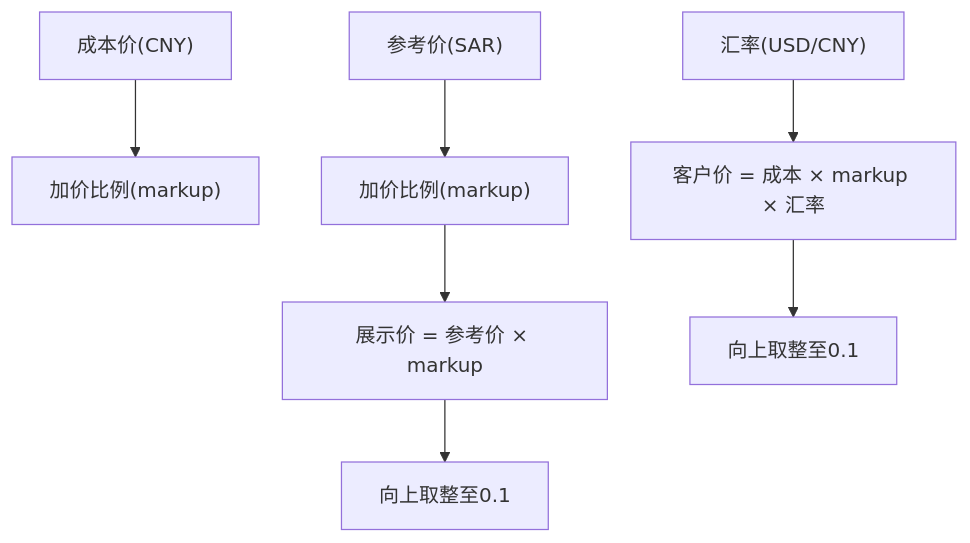
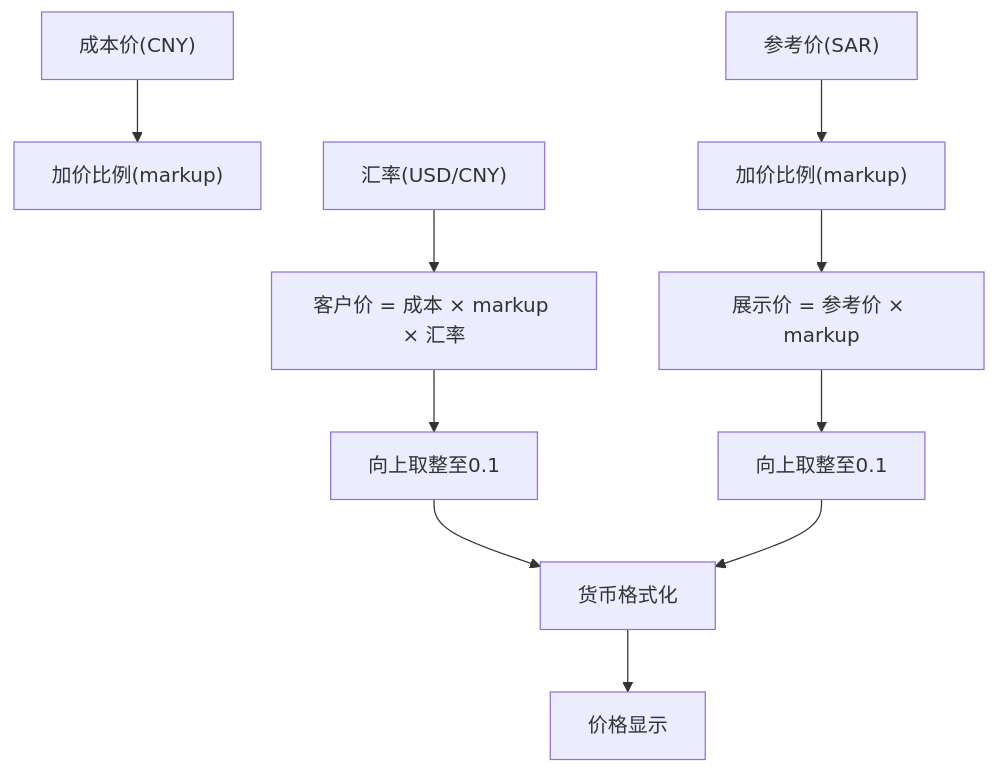
One commit to three3638-arch/celestia_2b changed the seventh of 8 diagrams in .qoder/repowiki/zh/content/前台商店系统/商品展示系统/商品详情页面.md. Above: the diagram before and after it, drawn with Mermaid. The commit also changed other lines of this file and 5 other files, not shown here.

````diff
--- a/.qoder/repowiki/zh/content/前台商店系统/商品展示系统/商品详情页面.md
+++ b/.qoder/repowiki/zh/content/前台商店系统/商品展示系统/商品详情页面.md
@@ -253,9 +277,12 @@
 ```mermaid
 flowchart TD
 Cost["成本价(CNY)"] --> M["加价比例(markup)"]
 Rate["汇率(USD/CNY)"] --> Calc["客户价 = 成本 × markup × 汇率"]
 Ref["参考价(SAR)"] --> M2["加价比例(markup)"]
 M2 --> Calc2["展示价 = 参考价 × markup"]
 Calc --> Round["向上取整至0.1"]
 Calc2 --> Round2["向上取整至0.1"]
+Round --> Format["货币格式化"]
+Round2 --> Format
+Format --> Display["价格显示"]
 ```
````
